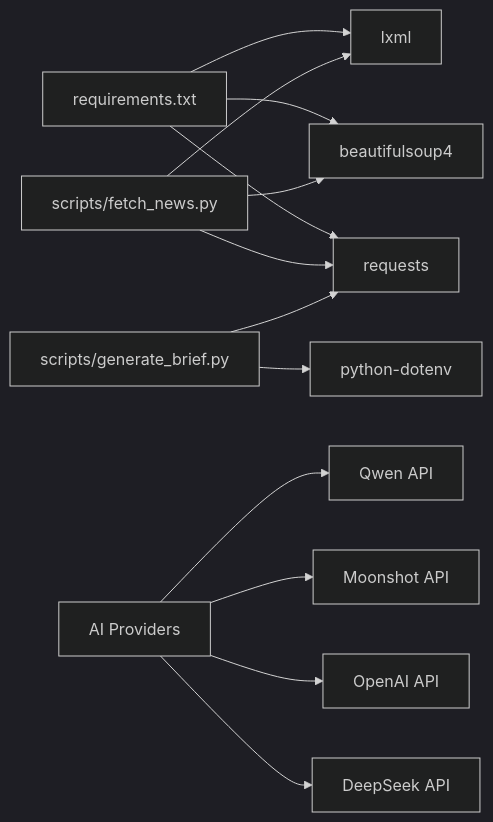
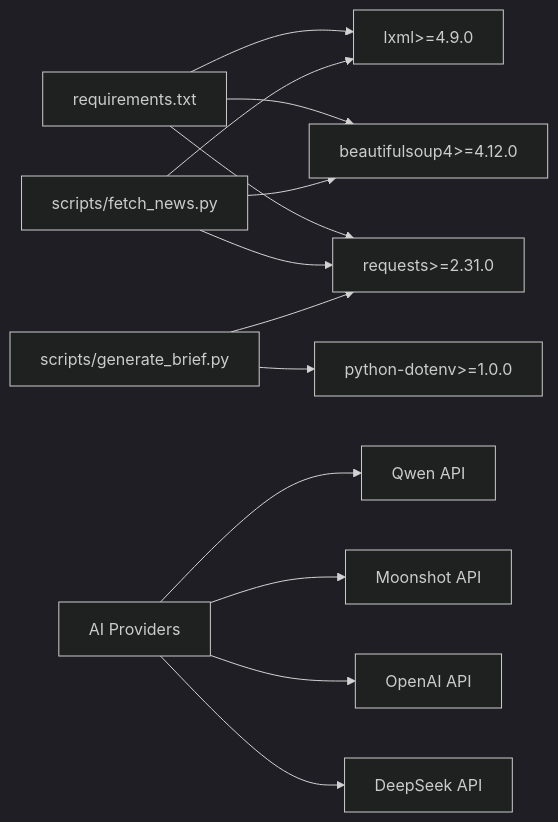
Before and after one commit to junxie01/daily_news: the third of 4 diagrams in .qoder/repowiki/en/content/Data Management.md, drawn with Mermaid (dark theme). The commit also changed other lines of this file and 4 other files, not shown here.

````diff
--- a/.qoder/repowiki/en/content/Data Management.md
+++ b/.qoder/repowiki/en/content/Data Management.md
@@ -392,15 +421,15 @@
 ```mermaid
 graph LR
-A["requirements.txt"] --> B["requests"]
-A --> C["beautifulsoup4"]
-A --> D["lxml"]
+A["requirements.txt"] --> B["requests>=2.31.0"]
+A --> C["beautifulsoup4>=4.12.0"]
+A --> D["lxml>=4.9.0"]
 E["scripts/fetch_news.py"] --> B
 E --> C
 E --> D
 F["scripts/generate_brief.py"] --> B
-F --> G["python-dotenv"]
+F --> G["python-dotenv>=1.0.0"]
 H["AI Providers"] --> I["DeepSeek API"]
 H --> J["OpenAI API"]
 H --> K["Moonshot API"]
 H --> L["Qwen API"]
 ```
````
